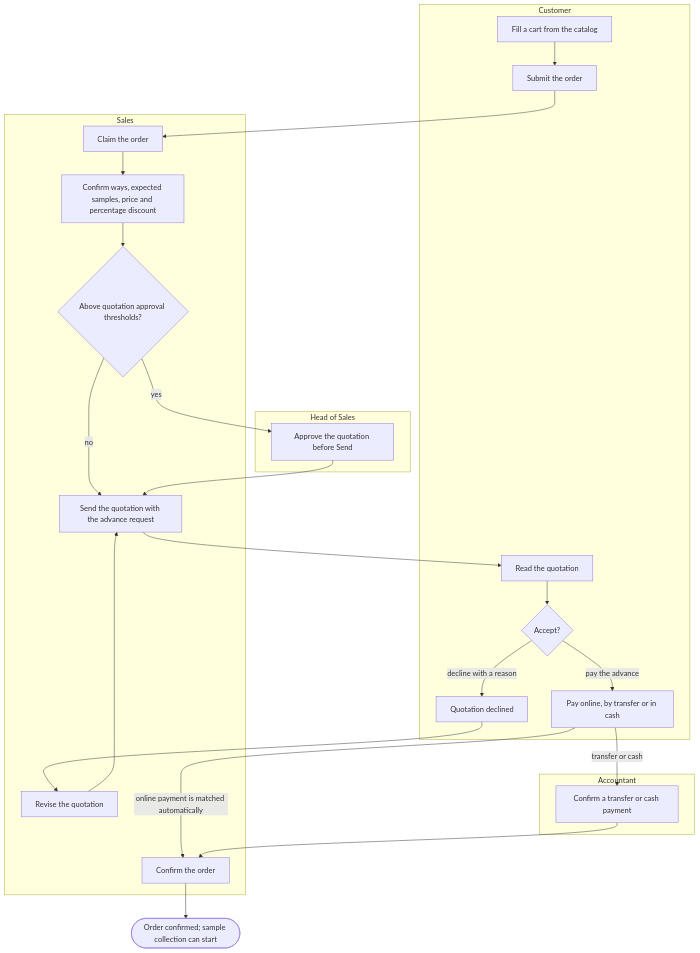
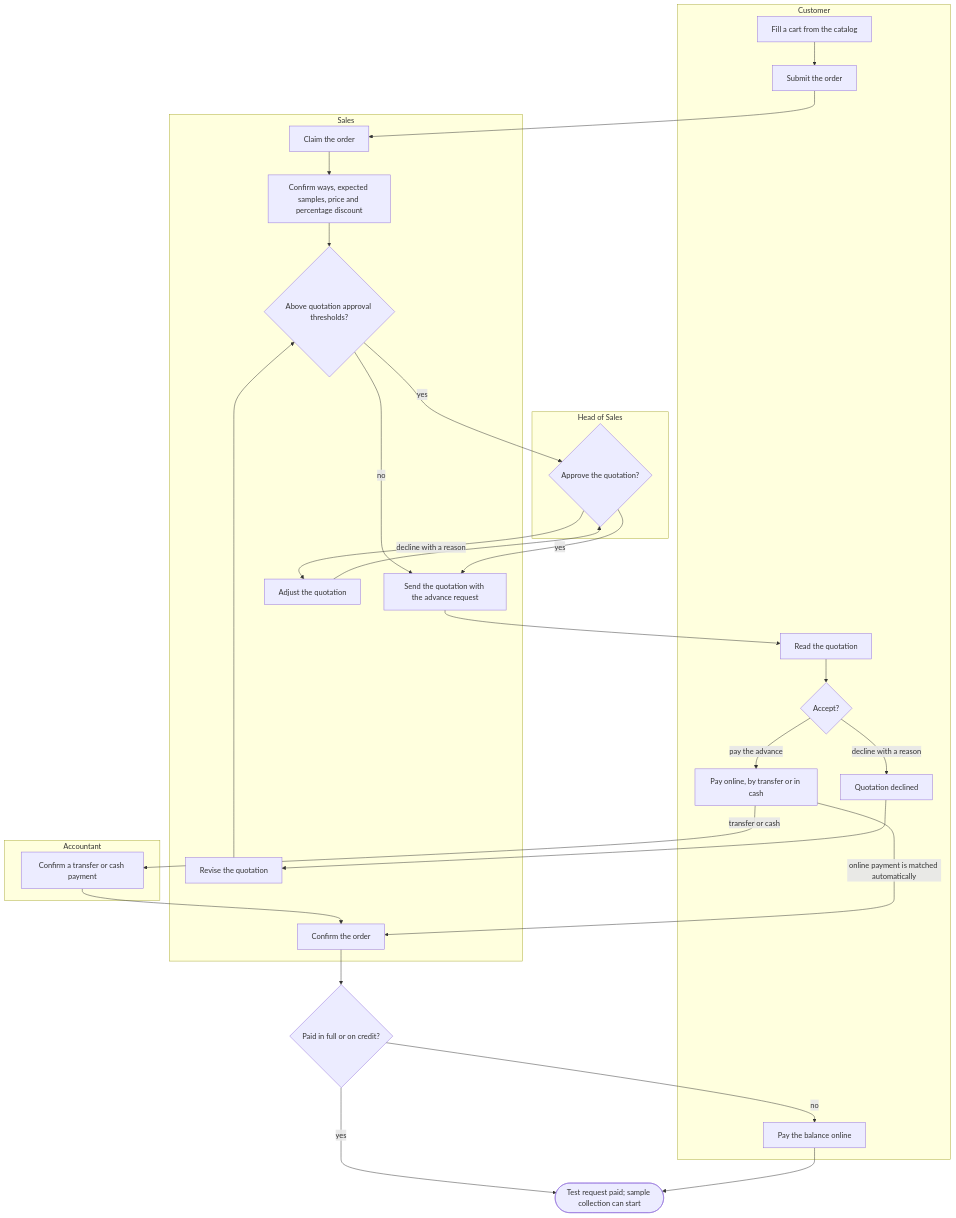
The first of 17 diagrams in docs/functional/business-flows.md (SoltuneMontepre/medilab), drawn with Mermaid before and after one commit. The commit also changed other lines of this file and 122 other files, not shown here.

First line of the commit message:
[docs] Align the requirements with the final activity diagrams and BM04 v1.1 (#551)

````diff
--- a/docs/functional/business-flows.md
+++ b/docs/functional/business-flows.md
@@ -47,29 +48,35 @@
 ```mermaid
 flowchart TD
     subgraph lane1 ["Customer"]
         c1[Fill a cart from the catalog] --> c2[Submit the order]
         c3[Read the quotation] --> c4{Accept?}
         c4 -->|pay the advance| c5[Pay online, by transfer or in cash]
         c4 -->|decline with a reason| c6[Quotation declined]
+        c7[Pay the balance online]
     end
     subgraph lane2 ["Sales"]
         s1[Claim the order] --> s2[Confirm ways, expected samples, price and percentage discount]
         s2 --> gate{Above quotation approval thresholds?}
         gate -->|no| s3[Send the quotation with the advance request]
         s4[Confirm the order]
         s6[Revise the quotation]
+        s7[Adjust the quotation]
     end
     subgraph lane3 ["Accountant"]
         a1[Confirm a transfer or cash payment]
     end
     subgraph lane4 ["Head of Sales"]
-        h0[Approve the quotation before Send]
+        h0{Approve the quotation?}
     end
     c2 --> s1
-    gate -->|yes| h0 --> s3
+    gate -->|yes| h0
+    h0 -->|yes| s3
+    h0 -->|decline with a reason| s7 --> h0
     s3 --> c3
     c5 -->|online payment is matched automatically| s4
     c5 -->|transfer or cash| a1 --> s4
-    c6 --> s6 --> s3
-    s4 --> done(["Order confirmed; sample collection can start"])
+    c6 --> s6 --> gate
+    s4 --> paid{Paid in full or on credit?}
+    paid -->|yes| done(["Test request paid; sample collection can start"])
+    paid -->|no| c7 --> done
 ```
````
